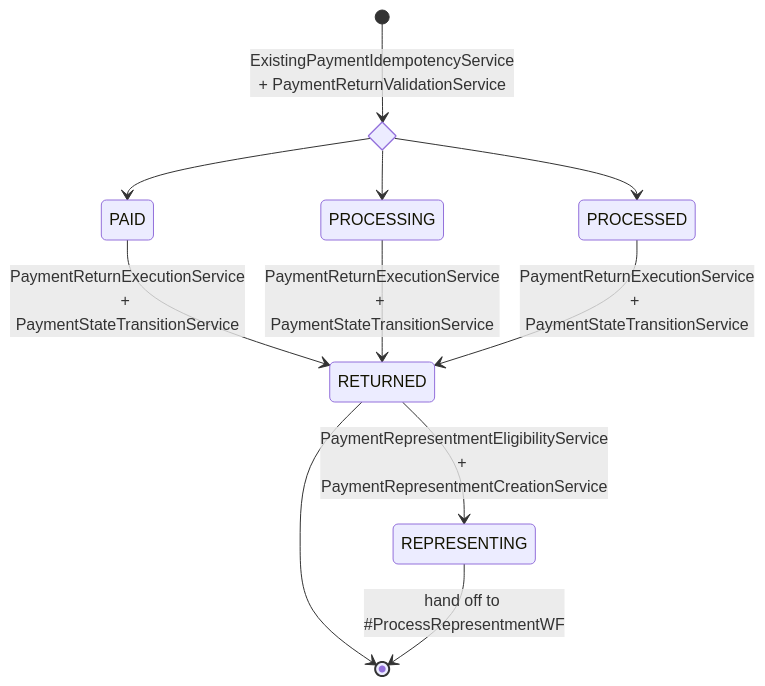
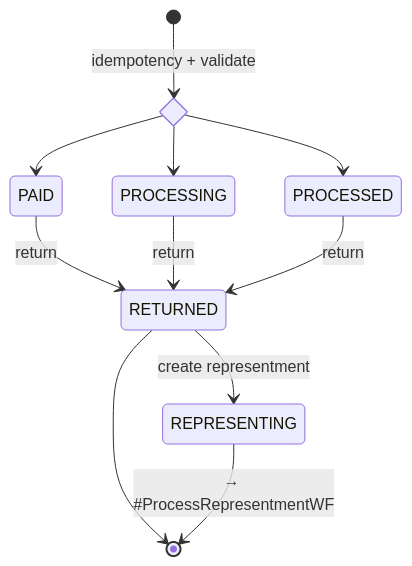
Before and after one commit to arunav-bhattacharya/billpay-docs: the seventh of 11 diagrams in docs/diagrams/state-diagrams.md, drawn with Mermaid. The commit also changed other lines of this file and 4 other files, not shown here.

Commit message:
Enhance Mermaid diagram styling and configuration for JetBrains Mono font

````diff
--- a/docs/diagrams/state-diagrams.md
+++ b/docs/diagrams/state-diagrams.md
@@ -122,16 +163,16 @@
 ```mermaid
 stateDiagram-v2
   state Current <<choice>>
-  [*] --> Current: ExistingPaymentIdempotencyService<br/>+ PaymentReturnValidationService
+  [*] --> Current: idempotency + validate
   Current --> PAID
   Current --> PROCESSING
   Current --> PROCESSED
 
-  PAID --> RETURNED: PaymentReturnExecutionService<br/>+ PaymentStateTransitionService
-  PROCESSING --> RETURNED: PaymentReturnExecutionService<br/>+ PaymentStateTransitionService
-  PROCESSED --> RETURNED: PaymentReturnExecutionService<br/>+ PaymentStateTransitionService
+  PAID --> RETURNED: return
+  PROCESSING --> RETURNED: return
+  PROCESSED --> RETURNED: return
 
-  RETURNED --> REPRESENTING: PaymentRepresentmentEligibilityService<br/>+ PaymentRepresentmentCreationService
+  RETURNED --> REPRESENTING: create representment
   RETURNED --> [*]
-  REPRESENTING --> [*]: hand off to #ProcessRepresentmentWF
+  REPRESENTING --> [*]: → #ProcessRepresentmentWF
 ```
````
